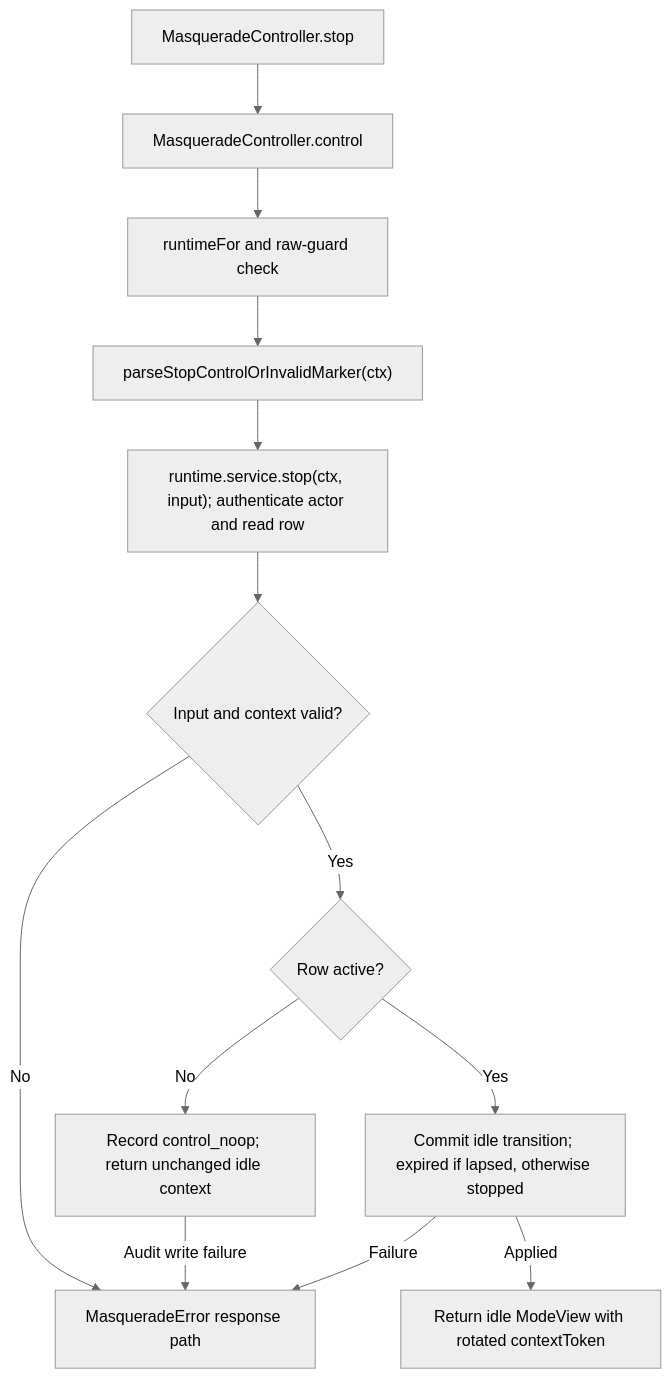
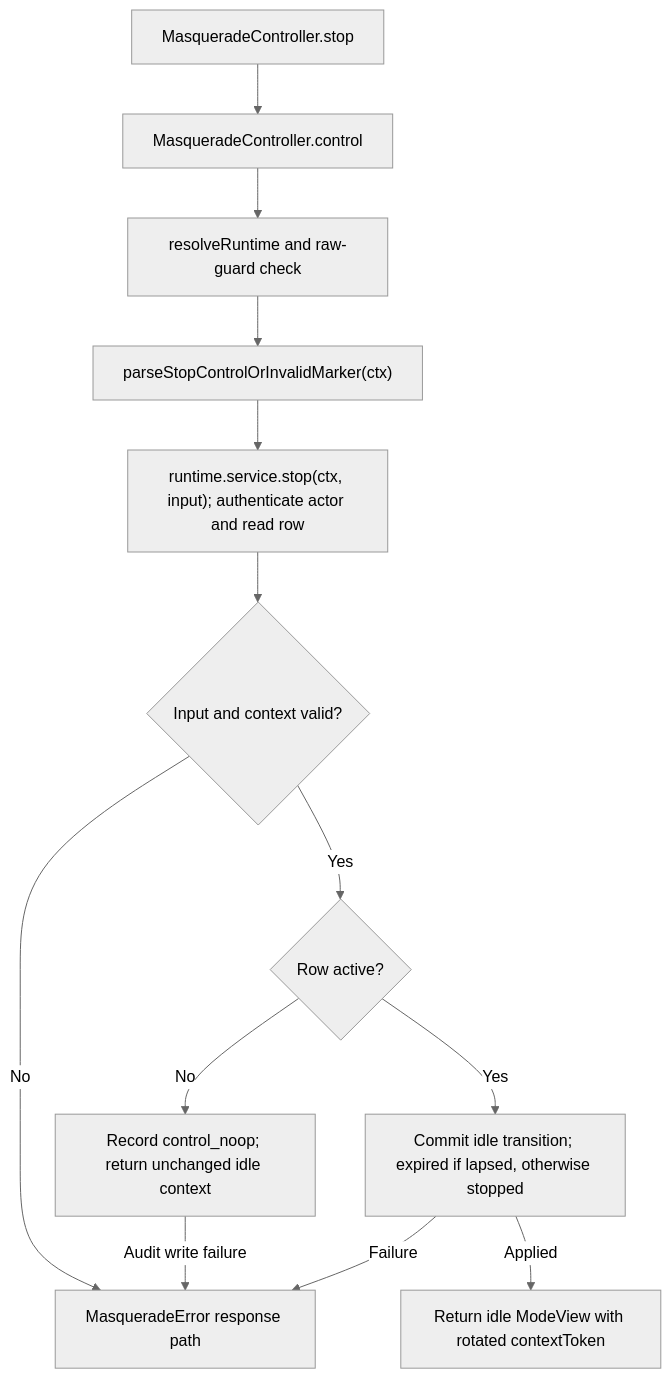
One commit to Kevinjohn/oss-adonisjs-masquerade changed the second of 2 diagrams in user-stories/start-stop-mode/us-actor-04-stop-mode.md. Above: the diagram before and after it, drawn with Mermaid (neutral theme). The commit also changed 61 other files, not shown here.

````diff
--- a/user-stories/start-stop-mode/us-actor-04-stop-mode.md
+++ b/user-stories/start-stop-mode/us-actor-04-stop-mode.md
@@ -41,15 +41,15 @@
 ```mermaid
 flowchart TD
     A["MasqueradeController.stop"] --> B["MasqueradeController.control"]
-    B --> C["runtimeFor and raw-guard check"]
+    B --> C["resolveRuntime and raw-guard check"]
     C --> D["parseStopControlOrInvalidMarker(ctx)"]
     D --> E["runtime.service.stop(ctx, input); authenticate actor and read row"]
     E --> F{"Input and context valid?"}
     F -->|No| H["MasqueradeError response path"]
     F -->|Yes| Q{"Row active?"}
     Q -->|No| K["Record control_noop; return unchanged idle context"]
     K -->|Audit write failure| H
     Q -->|Yes| G["Commit idle transition; expired if lapsed, otherwise stopped"]
     G -->|Failure| H
     G -->|Applied| I["Return idle ModeView with rotated contextToken"]
 ```
````
